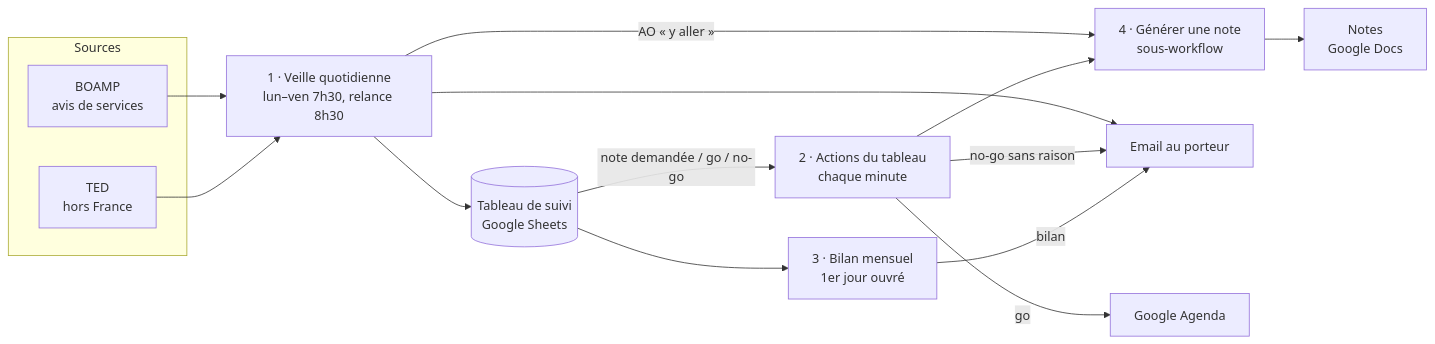
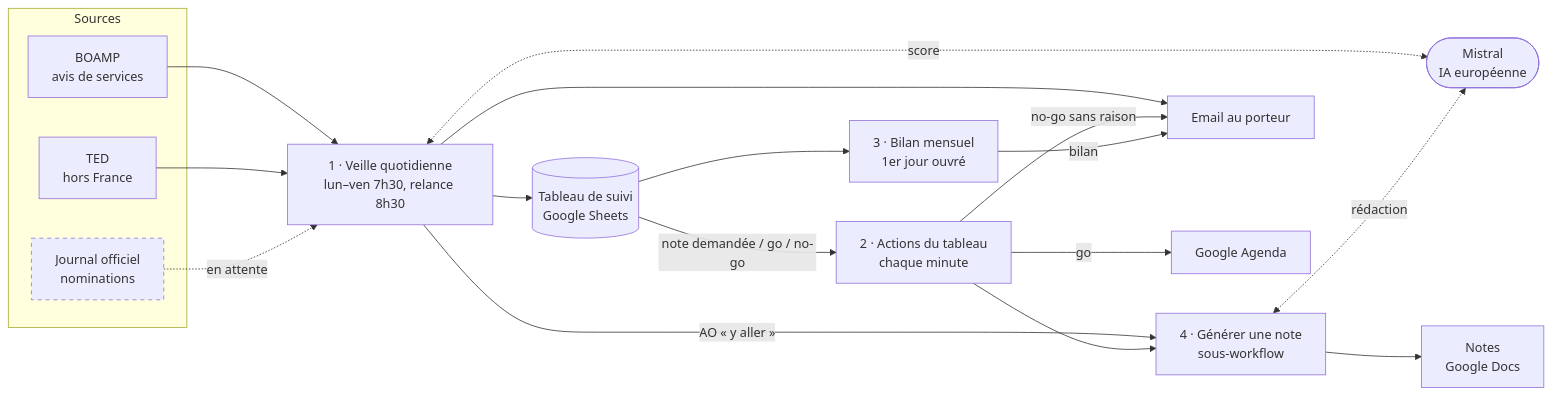
The diagram in README.md (jeanlisek/m2-n8n), drawn with Mermaid before and after one commit. The commit also changed other lines of this file, not shown here.

````diff
--- a/README.md
+++ b/README.md
@@ -9,28 +23,35 @@
 ```mermaid
 flowchart LR
     subgraph Sources
         B[BOAMP<br/>avis de services]
         T[TED<br/>hors France]
+        JO[Journal officiel<br/>nominations]
     end
     W1[1 · Veille quotidienne<br/>lun–ven 7h30, relance 8h30]
     W2[2 · Actions du tableau<br/>chaque minute]
     W3[3 · Bilan mensuel<br/>1er jour ouvré]
     W4[4 · Générer une note<br/>sous-workflow]
+    AI([Mistral<br/>IA européenne])
     S[(Tableau de suivi<br/>Google Sheets)]
     M[Email au porteur]
     A[Google Agenda]
     D[Notes<br/>Google Docs]
 
     B --> W1
     T --> W1
+    JO -.->|en attente| W1
+    W1 <-.->|score| AI
     W1 -->|AO « y aller »| W4
     W1 --> M
     W1 --> S
     S -->|note demandée / go / no-go| W2
     W2 --> W4
     W2 -->|go| A
     W2 -->|no-go sans raison| M
+    W4 <-.->|rédaction| AI
     W4 --> D
     S --> W3
     W3 -->|bilan| M
+    classDef todo stroke-dasharray: 5 5
+    class JO todo
 ```
````
